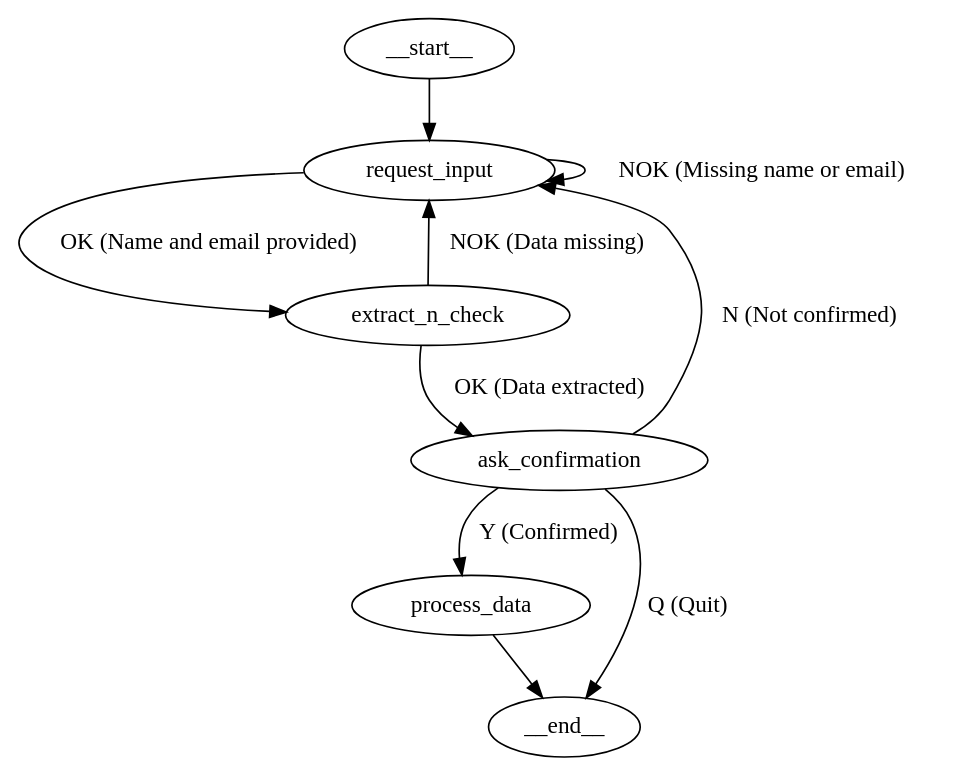
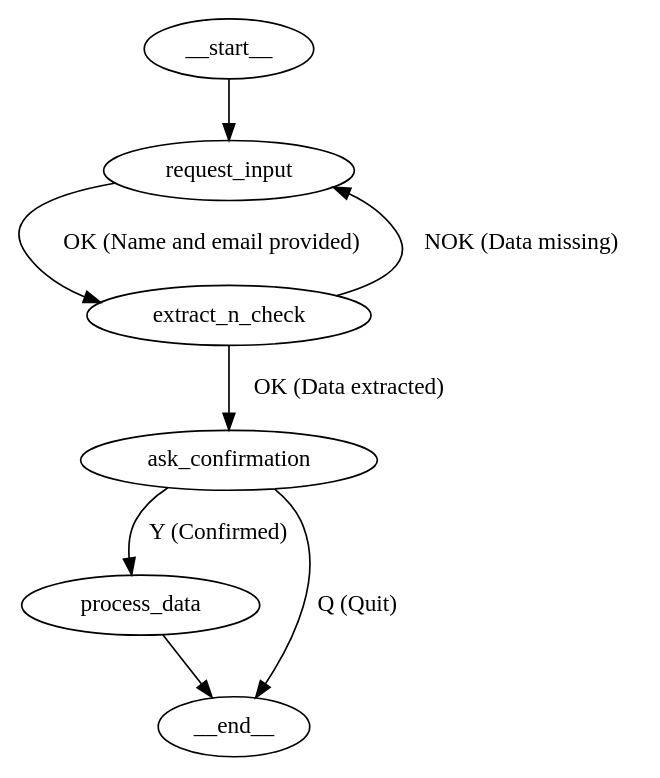
The diagram in workflow.dot (petarkabashki/workflow-automator), drawn with Graphviz before and after one commit. The commit also changed 2 other files, not shown here.

```diff
--- a/workflow.dot
+++ b/workflow.dot
@@ -1,13 +1,13 @@
 strict digraph {
     __start__ -> request_input;
     request_input -> extract_n_check[label="OK (Name and email provided)"];
-    request_input -> request_input[label="NOK (Missing name or email)"];
+    // request_input -> request_input[label="NOK (Missing name or email)"];
     // request_input -> __end__[label="QUIT"]
 
     extract_n_check -> request_input[label="NOK (Data missing)"];
     extract_n_check -> ask_confirmation[label="OK (Data extracted)"];
     ask_confirmation -> process_data[label="Y (Confirmed)"];
-    ask_confirmation -> request_input[label="N (Not confirmed)"];
+    // ask_confirmation -> request_input[label="N (Not confirmed)"];
     ask_confirmation -> __end__[label="Q (Quit)"];
     process_data -> __end__;
 }
```
